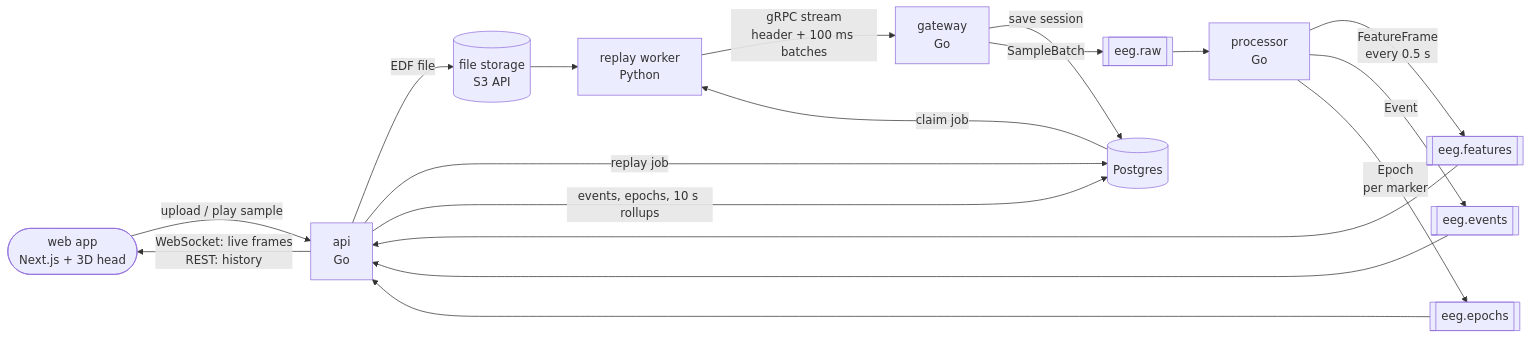
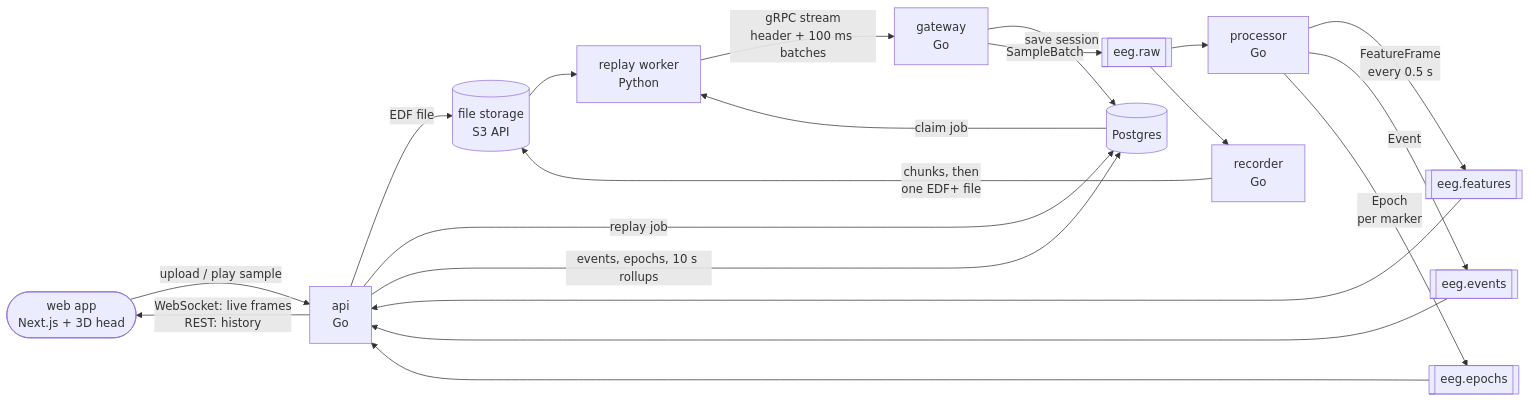
The first of 9 diagrams in docs/FLOW.md (KhoaNguyen706/NeuroHalo), drawn with Mermaid before and after one commit. The commit also changed other lines of this file and 21 other files, not shown here.

First line of the commit message:
Add the recorder: every session saved as an EDF+ file with its markers

````diff
--- a/docs/FLOW.md
+++ b/docs/FLOW.md
@@ -13,20 +13,22 @@
 ```mermaid
 flowchart LR
     WEB([web app<br/>Next.js + 3D head]) -- "upload / play sample" --> API[api<br/>Go]
     API -- "EDF file" --> S3[(file storage<br/>S3 API)]
     API -- "replay job" --> PG[(Postgres)]
     PG -- "claim job" --> W[replay worker<br/>Python]
     S3 --> W
     W -- "gRPC stream<br/>header + 100 ms batches" --> G[gateway<br/>Go]
     G -- "save session" --> PG
     G -- "SampleBatch" --> RAW[[eeg.raw]]
     RAW --> P[processor<br/>Go]
     P -- "FeatureFrame<br/>every 0.5 s" --> FEAT[[eeg.features]]
     P -- "Event" --> EV[[eeg.events]]
     P -- "Epoch<br/>per marker" --> EP[[eeg.epochs]]
+    RAW --> REC[recorder<br/>Go]
+    REC -- "chunks, then<br/>one EDF+ file" --> S3
     FEAT --> API
     EV --> API
     EP --> API
     API -- "events, epochs, 10 s rollups" --> PG
     API -- "WebSocket: live frames<br/>REST: history" --> WEB
 ```
````
